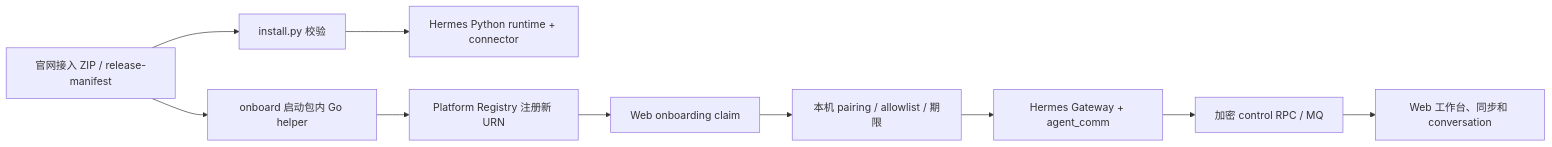
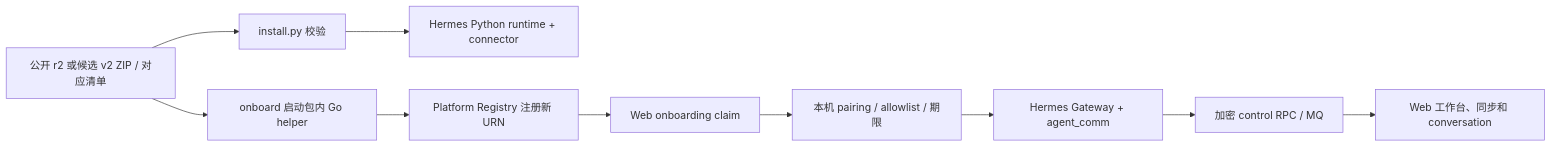
Diagram 30 of 30 in docs/testing/TEST_EXECUTION_GUIDE.md (BillShiyaoZhang/agent-collaboration-deploy), drawn with Mermaid before and after one commit. The commit also changed other lines of this file and 11 other files, not shown here.

```diff
--- a/docs/testing/TEST_EXECUTION_GUIDE.md
+++ b/docs/testing/TEST_EXECUTION_GUIDE.md
@@ -1044,12 +1169,12 @@
 ~~~mermaid
 flowchart LR
-    BUNDLE["官网接入 ZIP / release-manifest"] --> VERIFY["install.py 校验"]
+    BUNDLE["公开 r2 或候选 v2 ZIP / 对应清单"] --> VERIFY["install.py 校验"]
     VERIFY --> PY["Hermes Python runtime + connector"]
     BUNDLE --> HELPER["onboard 启动包内 Go helper"]
     HELPER --> REGISTER["Platform Registry 注册新 URN"]
     REGISTER --> CLAIM["Web onboarding claim"]
     CLAIM --> PAIR["本机 pairing / allowlist / 期限"]
     PAIR --> GATEWAY["Hermes Gateway + agent_comm"]
     GATEWAY --> RPC["加密 control RPC / MQ"]
     RPC --> WORKSPACE["Web 工作台、同步和 conversation"]
 ~~~
```
